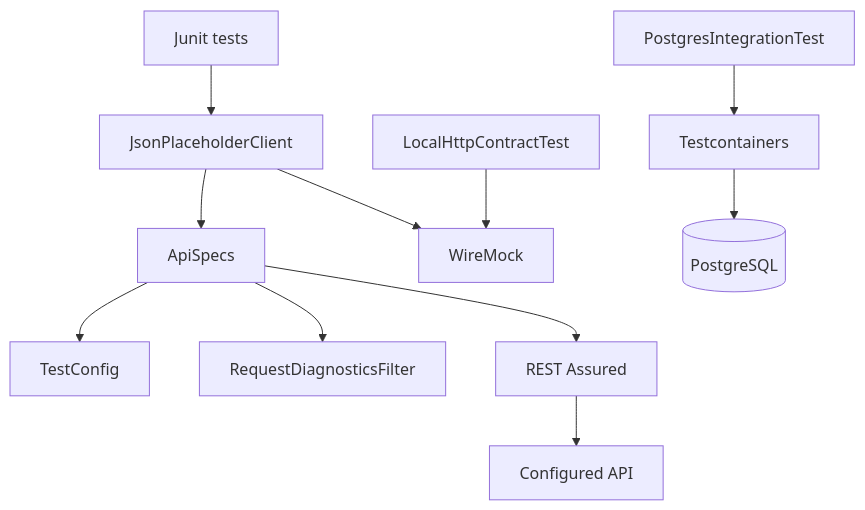
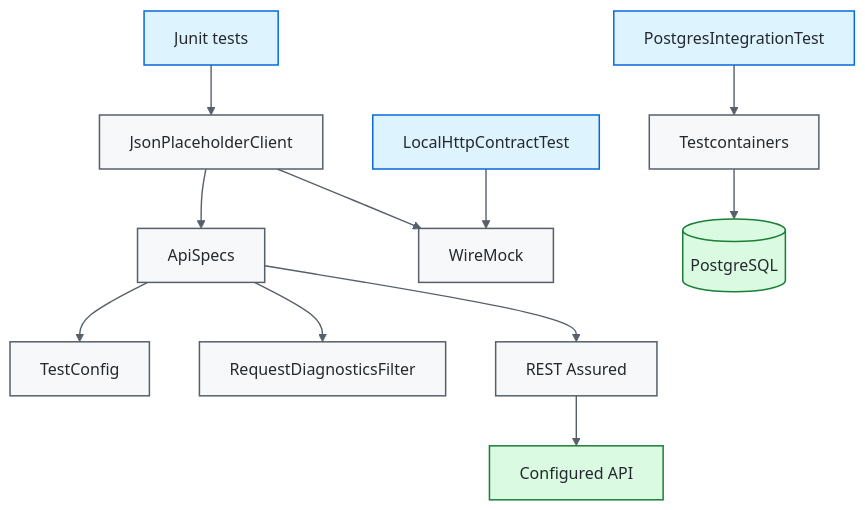
Before and after one commit to portyu9/qa-automation-java-restassured: the first of 2 diagrams in README.md, drawn with Mermaid. The commit also changed other lines of this file, not shown here.

Commit message:
Polish badges and Mermaid diagrams (#14)

````diff
--- a/README.md
+++ b/README.md
@@ -39,13 +36,21 @@
 ```mermaid
 flowchart TD
     J[Junit tests] --> CLIENT[JsonPlaceholderClient]
     CLIENT --> SPEC[ApiSpecs]
     SPEC --> CFG[TestConfig]
     SPEC --> FILTER[RequestDiagnosticsFilter]
     SPEC --> RA[REST Assured]
     RA --> API[Configured API]
     LOCAL[LocalHttpContractTest] --> WM[WireMock]
     CLIENT --> WM
     DB[PostgresIntegrationTest] --> TC[Testcontainers]
     TC --> PG[(PostgreSQL)]
+
+    classDef entry fill:#ddf4ff,stroke:#0969da,color:#24292f,stroke-width:1.5px;
+    classDef core fill:#f6f8fa,stroke:#57606a,color:#24292f,stroke-width:1.5px;
+    classDef evidence fill:#dafbe1,stroke:#1a7f37,color:#24292f,stroke-width:1.5px;
+    class J,LOCAL,DB entry;
+    class CLIENT,SPEC,CFG,FILTER,RA,WM,TC core;
+    class API,PG evidence;
+    linkStyle default stroke:#57606a,stroke-width:1.4px;
 ```
````
